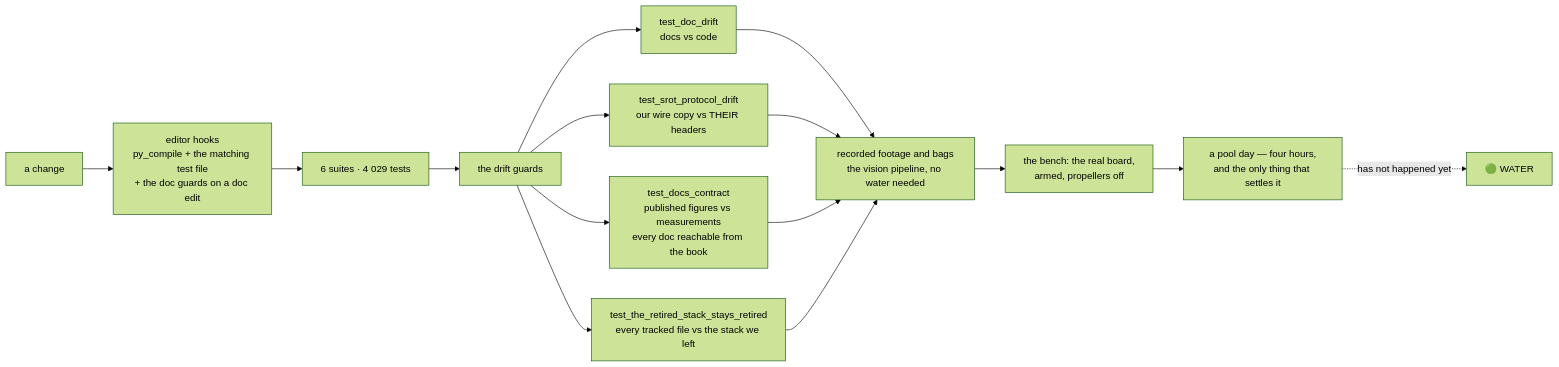
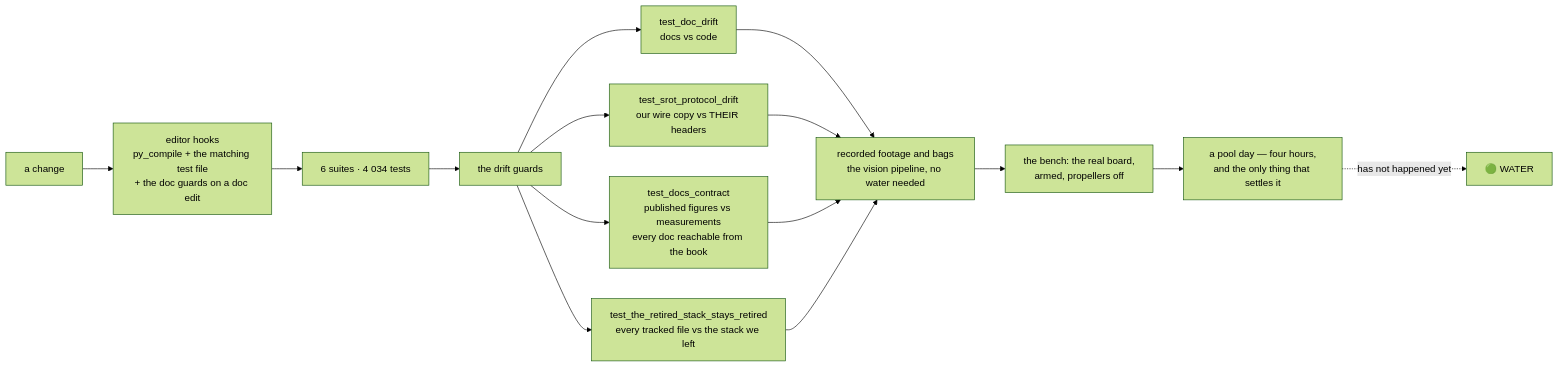
One commit to fh1m/mongla_ws changed the ninth of 10 diagrams in README.md. Above: the diagram before and after it, drawn with Mermaid (forest theme). The commit also changed other lines of this file and 8 other files, not shown here.

````diff
--- a/README.md
+++ b/README.md
@@ -788,17 +788,17 @@
 ```mermaid
 flowchart LR
     DEV["a change"] --> HOOK["editor hooks<br/>py_compile + the matching test file<br/>+ the doc guards on a doc edit"]
-    HOOK --> UNIT["6 suites · 4 029 tests"]
+    HOOK --> UNIT["6 suites · 4 034 tests"]
     UNIT --> GUARD["the drift guards"]
     GUARD --> G1["test_doc_drift<br/>docs vs code"]
     GUARD --> G2["test_srot_protocol_drift<br/>our wire copy vs THEIR headers"]
     GUARD --> G3["test_docs_contract<br/>published figures vs measurements<br/>every doc reachable from the book"]
     GUARD --> G4["test_the_retired_stack_stays_retired<br/>every tracked file vs the stack we left"]
     G1 --> REPLAY["recorded footage and bags<br/>the vision pipeline, no water needed"]
     G2 --> REPLAY
     G3 --> REPLAY
     G4 --> REPLAY
     REPLAY --> BENCH["the bench: the real board,<br/>armed, propellers off"]
     BENCH --> POOL["a pool day — four hours,<br/>and the only thing that settles it"]
     POOL -.->|"has not happened yet"| WATER["🟢 WATER"]
 ```
````
